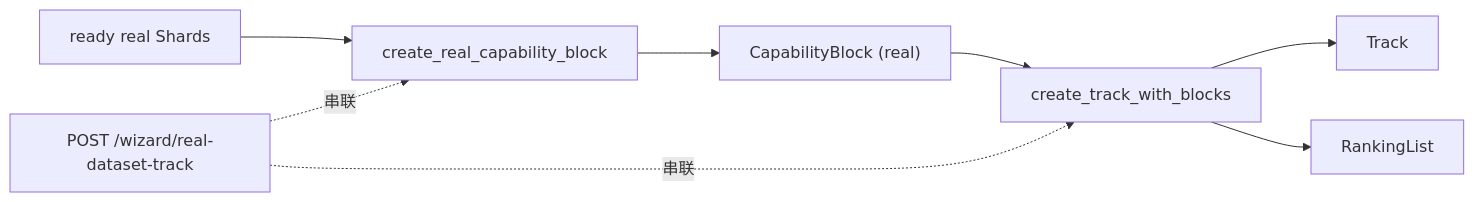
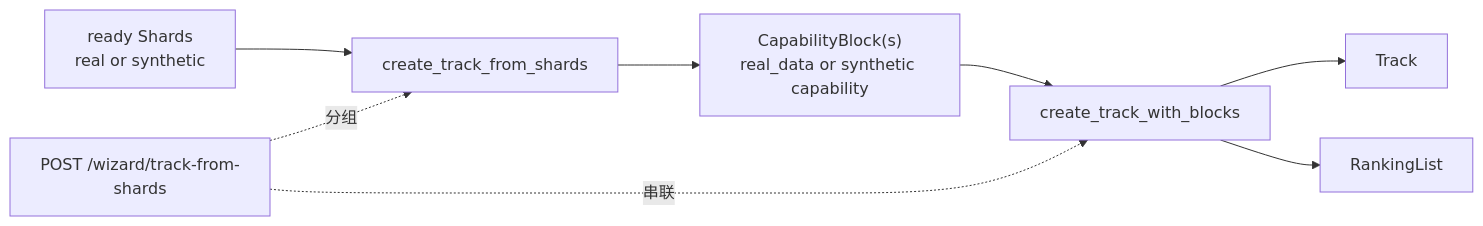
One commit to thulab/CaFE changed the third of 7 diagrams in docs/developer/key-flows.md. Above: the diagram before and after it, drawn with Mermaid. The commit also changed other lines of this file and 30 other files, not shown here.

````diff
--- a/docs/developer/key-flows.md
+++ b/docs/developer/key-flows.md
@@ -162,10 +182,10 @@
 ```mermaid
 flowchart LR
-    Shards["ready real Shards"] --> CRB["create_real_capability_block"]
-    CRB --> CB["CapabilityBlock (real)"]
+    Shards["ready Shards<br/>real or synthetic"] --> CRB["create_track_from_shards"]
+    CRB --> CB["CapabilityBlock(s)<br/>real_data or synthetic capability"]
     CB --> CTB["create_track_with_blocks"]
     CTB --> T["Track"]
     CTB --> RL["RankingList"]
-    Wizard["POST /wizard/real-dataset-track"] -.串联.-> CRB
+    Wizard["POST /wizard/track-from-shards"] -.分组.-> CRB
     Wizard -.串联.-> CTB
 ```
````
